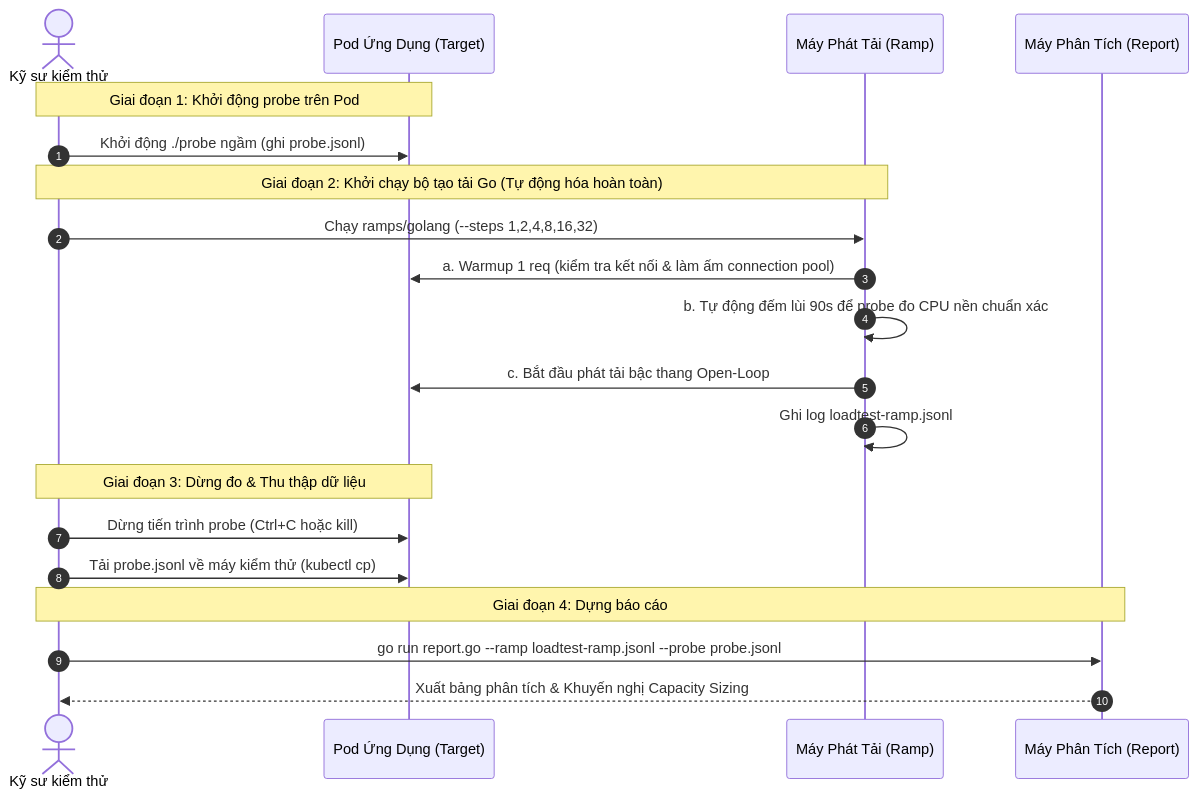
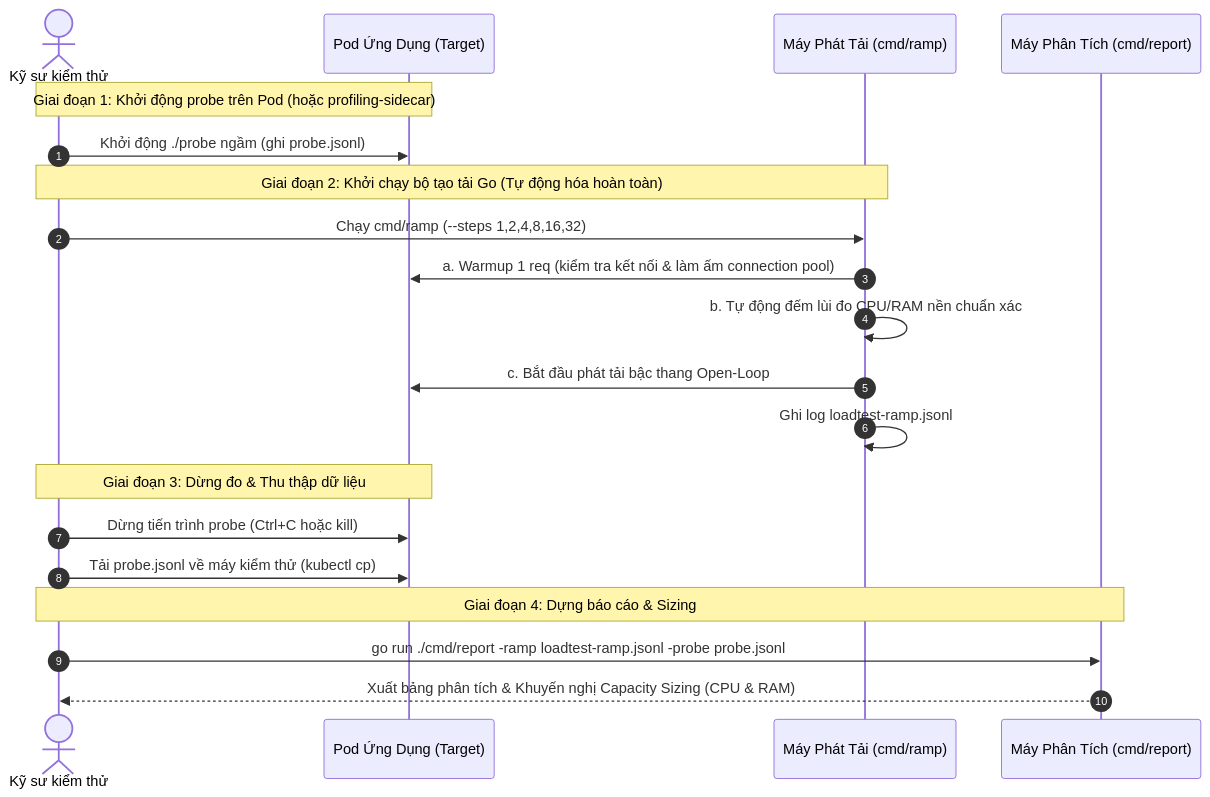
The second of 2 diagrams in README.md (duyhustvn/capsizer), drawn with Mermaid before and after one commit. The commit also changed other lines of this file, not shown here.

````diff
--- a/README.md
+++ b/README.md
@@ -192,26 +195,26 @@
 ```mermaid
 sequenceDiagram
     autonumber
     actor Dev as Kỹ sư kiểm thử
     participant Pod as Pod Ứng Dụng (Target)
-    participant Generator as Máy Phát Tải (Ramp)
-    participant Analyzer as Máy Phân Tích (Report)
+    participant Generator as Máy Phát Tải (cmd/ramp)
+    participant Analyzer as Máy Phân Tích (cmd/report)
 
-    Note over Dev,Pod: Giai đoạn 1: Khởi động probe trên Pod
+    Note over Dev,Pod: Giai đoạn 1: Khởi động probe trên Pod (hoặc profiling-sidecar)
     Dev->>Pod: Khởi động ./probe ngầm (ghi probe.jsonl)
     
     Note over Dev,Generator: Giai đoạn 2: Khởi chạy bộ tạo tải Go (Tự động hóa hoàn toàn)
-    Dev->>Generator: Chạy ramps/golang (--steps 1,2,4,8,16,32)
+    Dev->>Generator: Chạy cmd/ramp (--steps 1,2,4,8,16,32)
     Generator->>Pod: a. Warmup 1 req (kiểm tra kết nối & làm ấm connection pool)
-    Generator->>Generator: b. Tự động đếm lùi 90s để probe đo CPU nền chuẩn xác
+    Generator->>Generator: b. Tự động đếm lùi đo CPU/RAM nền chuẩn xác
     Generator->>Pod: c. Bắt đầu phát tải bậc thang Open-Loop
     Generator->>Generator: Ghi log loadtest-ramp.jsonl
     
     Note over Dev,Pod: Giai đoạn 3: Dừng đo & Thu thập dữ liệu
     Dev->>Pod: Dừng tiến trình probe (Ctrl+C hoặc kill)
     Dev->>Pod: Tải probe.jsonl về máy kiểm thử (kubectl cp)
     
-    Note over Dev,Analyzer: Giai đoạn 4: Dựng báo cáo
-    Dev->>Analyzer: go run report.go --ramp loadtest-ramp.jsonl --probe probe.jsonl
-    Analyzer-->>Dev: Xuất bảng phân tích & Khuyến nghị Capacity Sizing
+    Note over Dev,Analyzer: Giai đoạn 4: Dựng báo cáo & Sizing
+    Dev->>Analyzer: go run ./cmd/report -ramp loadtest-ramp.jsonl -probe probe.jsonl
+    Analyzer-->>Dev: Xuất bảng phân tích & Khuyến nghị Capacity Sizing (CPU & RAM)
 ```
````
